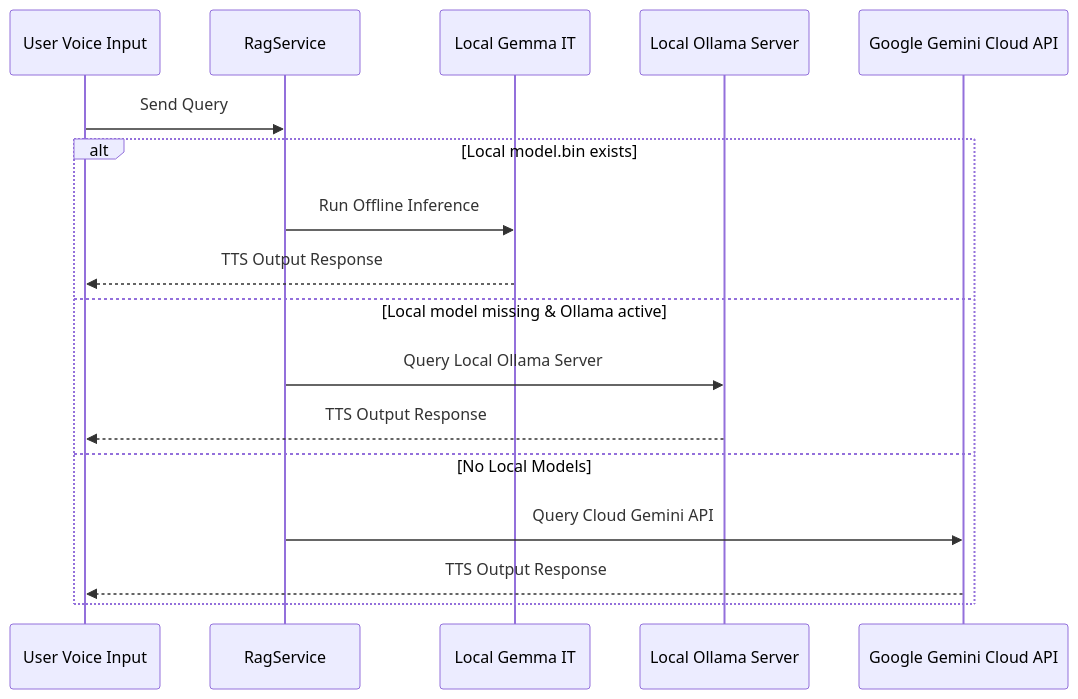
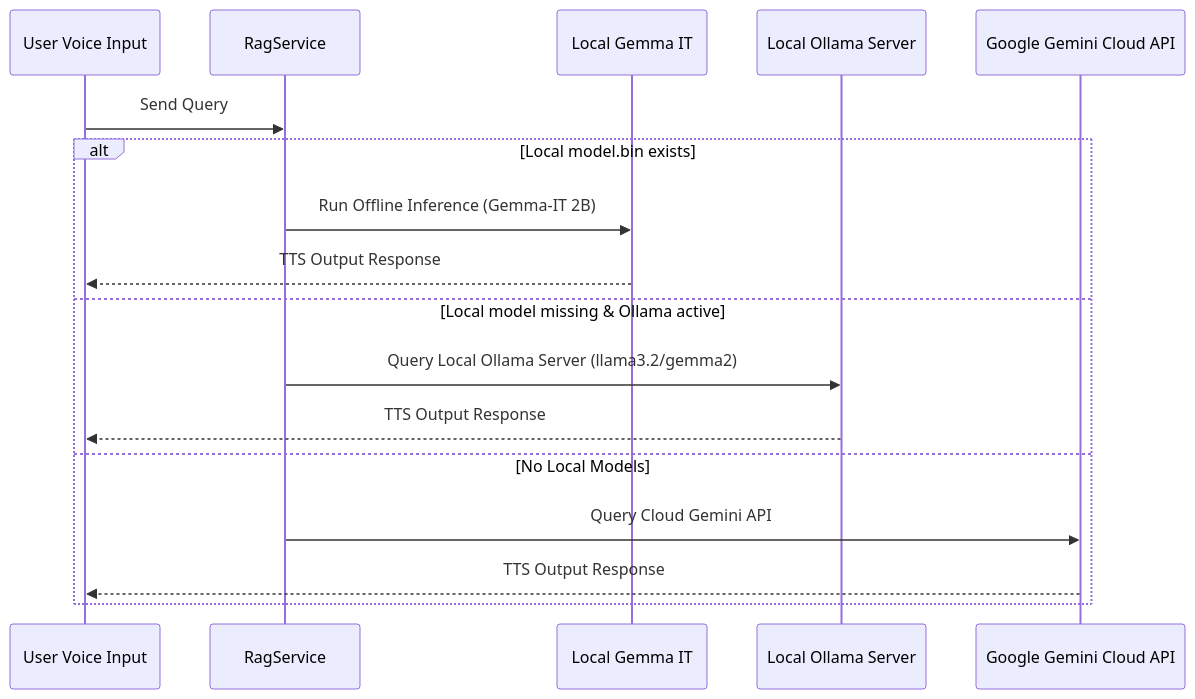
The second of 2 diagrams in docs/ARCHITECTURE.md (Thes-IS-IT/Easylens), drawn with Mermaid before and after one commit. The commit also changed other lines of this file, not shown here.

Commit message:
docs: detail the complete tech stack, libraries, and frameworks in ARCHITECTURE.md

````diff
--- a/docs/ARCHITECTURE.md
+++ b/docs/ARCHITECTURE.md
@@ -105,20 +134,20 @@
 ```mermaid
 sequenceDiagram
     participant User as User Voice Input
     participant Coordinator as RagService
     participant LocalGemma as Local Gemma IT
     participant Ollama as Local Ollama Server
     participant Gemini as Google Gemini Cloud API
 
     User->>Coordinator: Send Query
     alt Local model.bin exists
-        Coordinator->>LocalGemma: Run Offline Inference
+        Coordinator->>LocalGemma: Run Offline Inference (Gemma-IT 2B)
         LocalGemma-->>User: TTS Output Response
     else Local model missing & Ollama active
-        Coordinator->>Ollama: Query Local Ollama Server
+        Coordinator->>Ollama: Query Local Ollama Server (llama3.2/gemma2)
         Ollama-->>User: TTS Output Response
     else No Local Models
         Coordinator->>Gemini: Query Cloud Gemini API
         Gemini-->>User: TTS Output Response
     end
 ```
````
